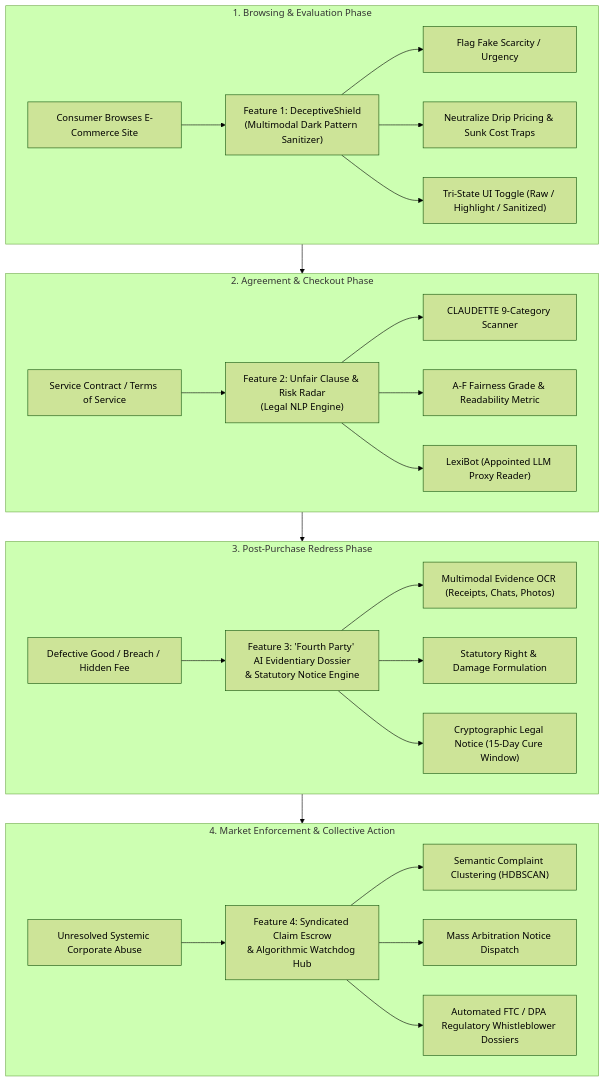
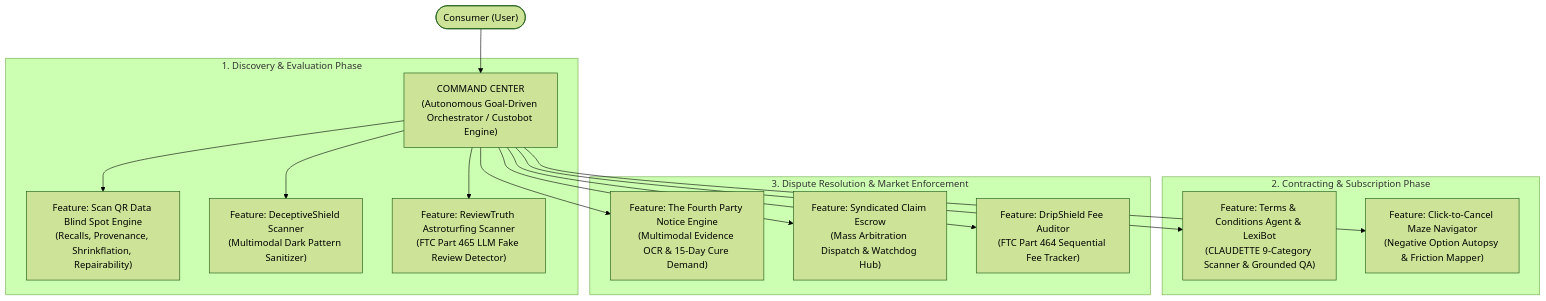
The diagram in README.md (Akshit99999/Hackops-CR), drawn with Mermaid (forest theme) before and after one commit. The commit also changed other lines of this file and 196 other files, not shown here.

````diff
--- a/README.md
+++ b/README.md
@@ -30,32 +17,21 @@
 ```mermaid
 flowchart TD
-    subgraph PrePurchase["1. Browsing & Evaluation Phase"]
-        A["Consumer Browses E-Commerce Site"] --> B["Feature 1: DeceptiveShield\n(Multimodal Dark Pattern Sanitizer)"]
-        B --> B1["Flag Fake Scarcity / Urgency"]
-        B --> B2["Neutralize Drip Pricing & Sunk Cost Traps"]
-        B --> B3["Tri-State UI Toggle (Raw / Highlight / Sanitized)"]
+    User(["Consumer (User)"]) --> CC["COMMAND CENTER\n(Autonomous Goal-Driven Orchestrator / Custobot Engine)"]
+
+    subgraph PrePurchase["1. Discovery & Evaluation Phase"]
+        CC --> F1["Feature: Scan QR Data Blind Spot Engine\n(Recalls, Provenance, Shrinkflation, Repairability)"]
+        CC --> F2["Feature: DeceptiveShield Scanner\n(Multimodal Dark Pattern Sanitizer)"]
+        CC --> F3["Feature: ReviewTruth Astroturfing Scanner\n(FTC Part 465 LLM Fake Review Detector)"]
     end
 
-    subgraph Contracting["2. Agreement & Checkout Phase"]
-        C["Service Contract / Terms of Service"] --> D["Feature 2: Unfair Clause & Risk Radar\n(Legal NLP Engine)"]
-        D --> D1["CLAUDETTE 9-Category Scanner"]
-        D --> D2["A-F Fairness Grade & Readability Metric"]
-        D --> D3["LexiBot (Appointed LLM Proxy Reader)"]
+    subgraph Contracting["2. Contracting & Subscription Phase"]
+        CC --> F4["Feature: Terms & Conditions Agent & LexiBot\n(CLAUDETTE 9-Category Scanner & Grounded QA)"]
+        CC --> F5["Feature: Click-to-Cancel Maze Navigator\n(Negative Option Autopsy & Friction Mapper)"]
     end
 
-    subgraph Dispute["3. Post-Purchase Redress Phase"]
-        E["Defective Good / Breach / Hidden Fee"] --> F["Feature 3: 'Fourth Party' AI Evidentiary Dossier\n& Statutory Notice Engine"]
-        F --> F1["Multimodal Evidence OCR (Receipts, Chats, Photos)"]
-        F --> F2["Statutory Right & Damage Formulation"]
-        F --> F3["Cryptographic Legal Notice (15-Day Cure Window)"]
+    subgraph PostPurchase["3. Dispute Resolution & Market Enforcement"]
+        CC --> F6["Feature: The Fourth Party Notice Engine\n(Multimodal Evidence OCR & 15-Day Cure Demand)"]
+        CC --> F7["Feature: Syndicated Claim Escrow\n(Mass Arbitration Dispatch & Watchdog Hub)"]
+        CC --> F8["Feature: DripShield Fee Auditor\n(FTC Part 464 Sequential Fee Tracker)"]
     end
-
-    subgraph Collective["4. Market Enforcement & Collective Action"]
-        G["Unresolved Systemic Corporate Abuse"] --> H["Feature 4: Syndicated Claim Escrow\n& Algorithmic Watchdog Hub"]
-        H --> H1["Semantic Complaint Clustering (HDBSCAN)"]
-        H --> H2["Mass Arbitration Notice Dispatch"]
-        H --> H3["Automated FTC / DPA Regulatory Whistleblower Dossiers"]
-    end
-
-    PrePurchase --> Contracting --> Dispute --> Collective
 ```
````
